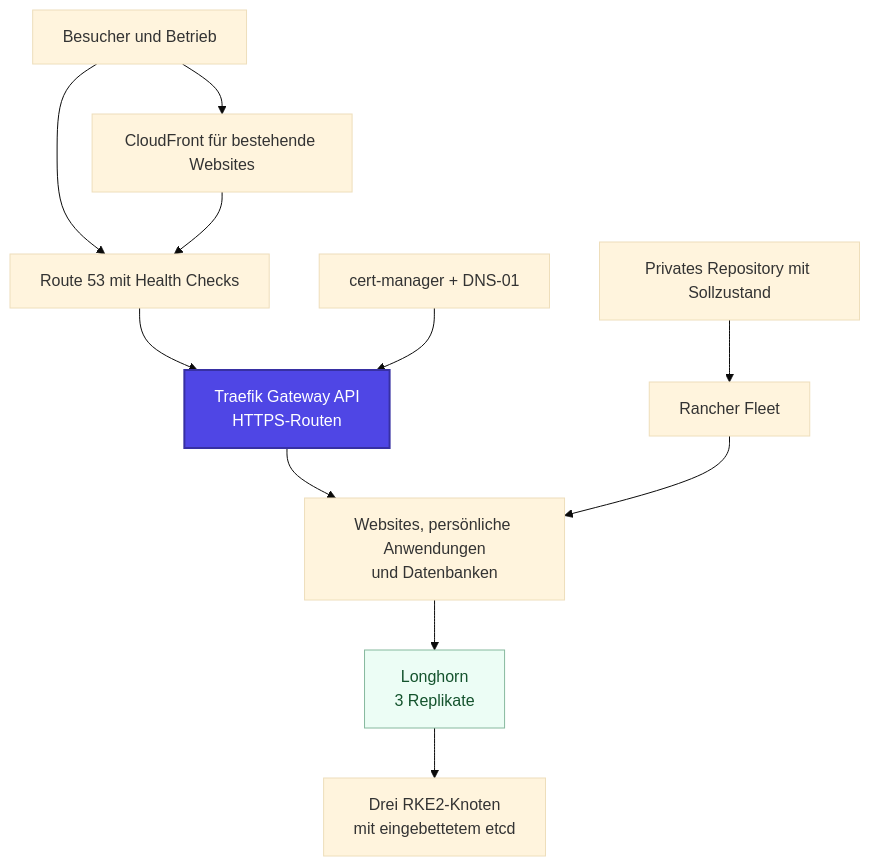
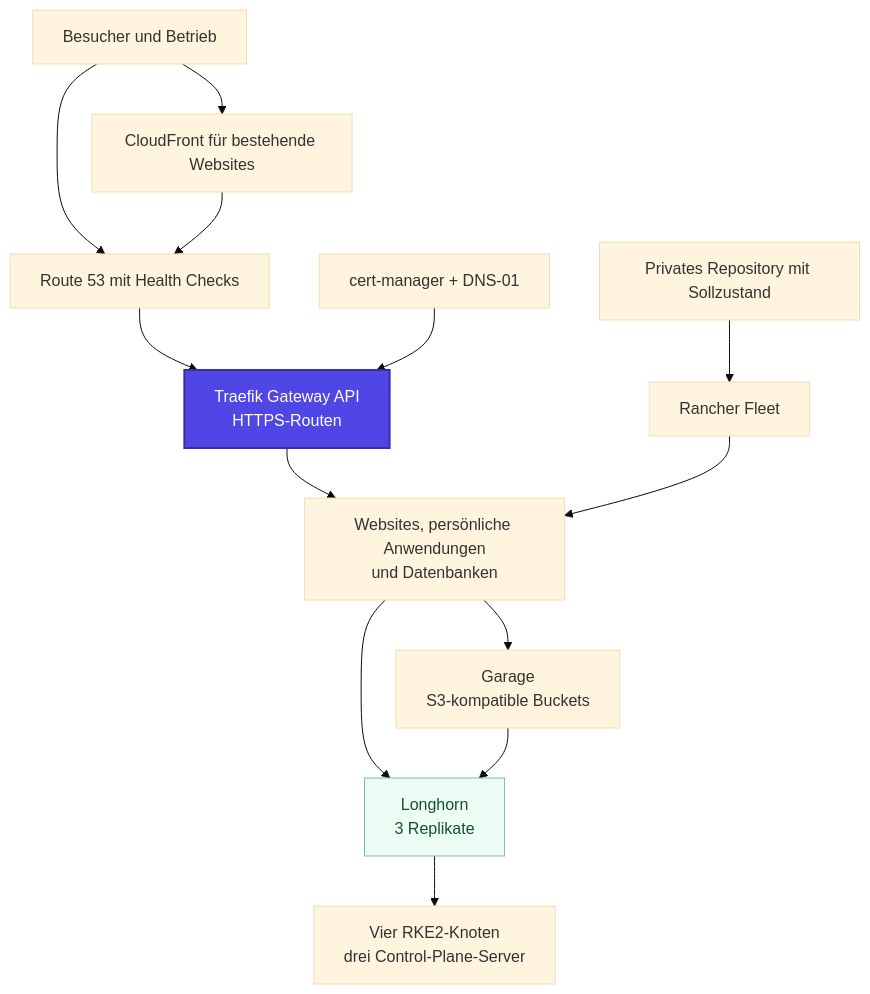
One commit to Paul1404/astro-portfolio changed the diagram in docs/diagrams/vertex/de-architecture.mmd. Above: the diagram before and after it, drawn with Mermaid (base theme). The commit also changed 5 other files, not shown here.

```diff
--- a/docs/diagrams/vertex/de-architecture.mmd
+++ b/docs/diagrams/vertex/de-architecture.mmd
@@ -1,14 +1,16 @@
 flowchart TB
   accTitle: Architektur der Vertex-Plattform
-  accDescr: Bestehende Websites nutzen CloudFront, Anwendungen können das öffentliche Gateway direkt verwenden. Route 53 verteilt Anfragen auf drei Knoten. Traefik leitet an Anwendungen weiter, Fleet gleicht das private Git-Repository ab und Longhorn repliziert Volumes über die Knoten.
+  accDescr: Bestehende Websites nutzen CloudFront, Anwendungen können das öffentliche Gateway direkt verwenden. Route 53 verteilt Anfragen an Ingress-Knoten. Traefik leitet an Anwendungen weiter, Fleet gleicht das private Git-Repository ab, Garage stellt Objektspeicher bereit und Longhorn repliziert Volumes im Cluster.
   Users["Besucher und Betrieb"] --> Edge["CloudFront für bestehende Websites"]
   Users --> DNS["Route 53 mit Health Checks"]
   Edge --> DNS
   DNS --> Gateway["Traefik Gateway API<br/>HTTPS-Routen"]:::focus
   Gateway --> Apps["Websites, persönliche Anwendungen<br/>und Datenbanken"]
   Git["Privates Repository mit Sollzustand"] --> Fleet["Rancher Fleet"] --> Apps
   Cert["cert-manager + DNS-01"] --> Gateway
   Apps --> Storage["Longhorn<br/>3 Replikate"]:::good
-  Storage --> Nodes["Drei RKE2-Knoten<br/>mit eingebettetem etcd"]
+  Apps --> Garage["Garage<br/>S3-kompatible Buckets"]
+  Garage --> Storage
+  Storage --> Nodes["Vier RKE2-Knoten<br/>drei Control-Plane-Server"]
   classDef focus fill:#4f46e5,color:#ffffff,stroke:#3730a3,stroke-width:2px
   classDef good fill:#ecfdf5,color:#14532d,stroke:#86b99e
```
